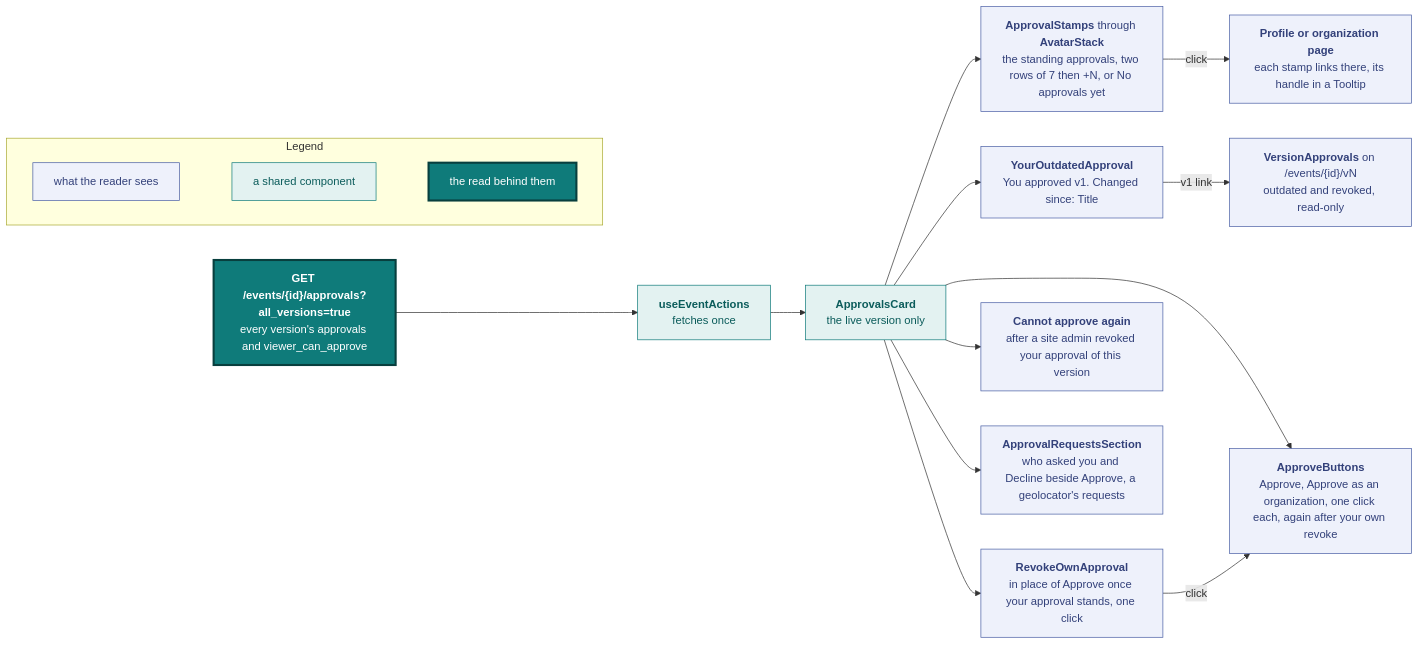
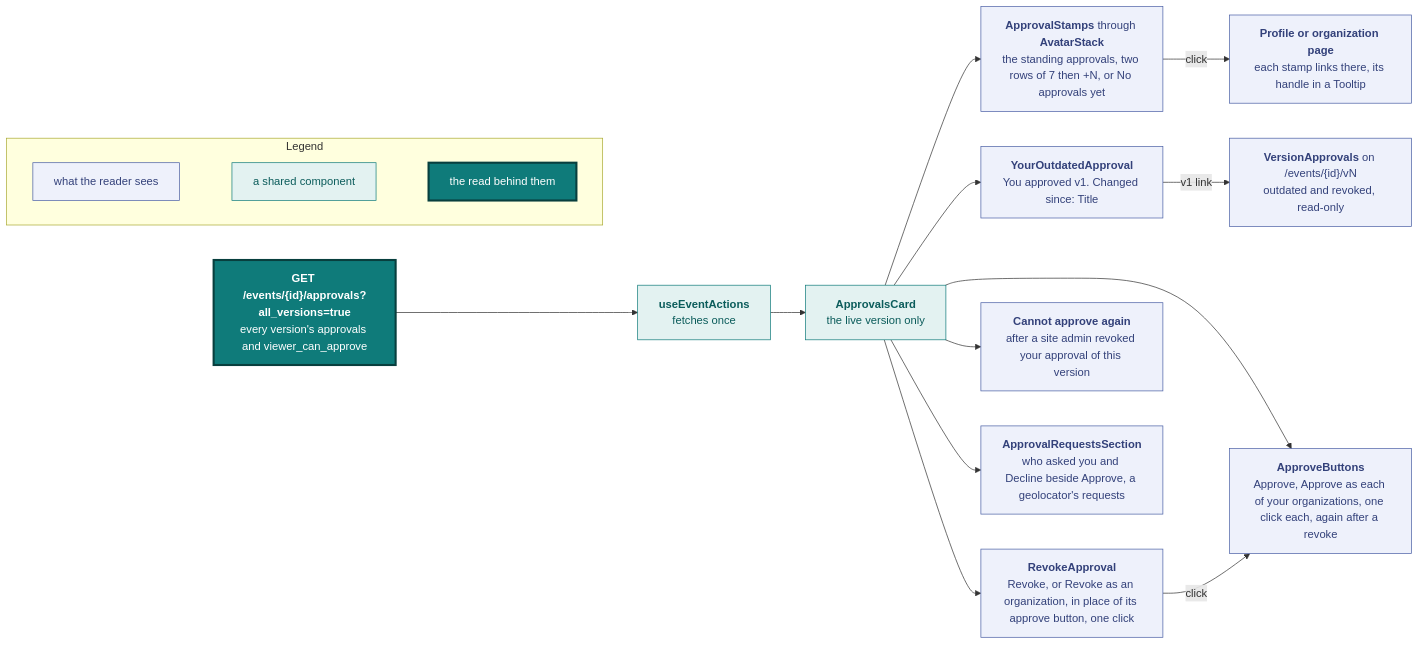
Before and after one commit to vidithq/vidit: the sixth of 11 diagrams in docs/design.md, drawn with Mermaid. The commit also changed other lines of this file and 25 other files, not shown here.

````diff
--- a/docs/design.md
+++ b/docs/design.md
@@ -596,48 +596,48 @@
 ```mermaid
 flowchart LR
   classDef spec fill:#eef1fb,stroke:#4a5fa5,color:#33417a
   classDef shared fill:#e3f2f1,stroke:#0f7b7a,color:#0b5c5b
   classDef core fill:#0f7b7a,stroke:#083f3e,stroke-width:3px,color:#ffffff
 
   subgraph legend [Legend]
     direction LR
     l1["`what the reader sees`"]:::spec
     l2["`a shared component`"]:::shared
     l3["`the read behind them`"]:::core
     l1 ~~~ l2 ~~~ l3
   end
 
   read["`**GET /events/{id}/approvals?all_versions=true**
   every version's approvals and viewer_can_approve`"]:::core
   hook["`**useEventActions**
   fetches once`"]:::shared
   card["`**ApprovalsCard**
   the live version only`"]:::shared
   stamps["`**ApprovalStamps** through **AvatarStack**
   the standing approvals, two rows of 7 then +N, or No approvals yet`"]:::spec
   page["`**Profile or organization page**
   each stamp links there, its handle in a Tooltip`"]:::spec
   own["`**YourOutdatedApproval**
   You approved v1. Changed since: Title`"]:::spec
   approve["`**ApproveButtons**
-  Approve, Approve as an organization, one click each, again after your own revoke`"]:::spec
-  revoke["`**RevokeOwnApproval**
-  in place of Approve once your approval stands, one click`"]:::spec
+  Approve, Approve as each of your organizations, one click each, again after a revoke`"]:::spec
+  revoke["`**RevokeApproval**
+  Revoke, or Revoke as an organization, in place of its approve button, one click`"]:::spec
   again["`**Cannot approve again**
   after a site admin revoked your approval of this version`"]:::spec
   requests["`**ApprovalRequestsSection**
   who asked you and Decline beside Approve, a geolocator's requests`"]:::spec
   vn["`**VersionApprovals** on /events/{id}/vN
   outdated and revoked, read-only`"]:::spec
 
   read --> hook --> card
   card --> stamps
   card --> own
   card --> approve
   card --> revoke
   card --> again
   card --> requests
   stamps -->|"click"| page
   revoke -->|"click"| approve
   own -->|"v1 link"| vn
 ```
````
